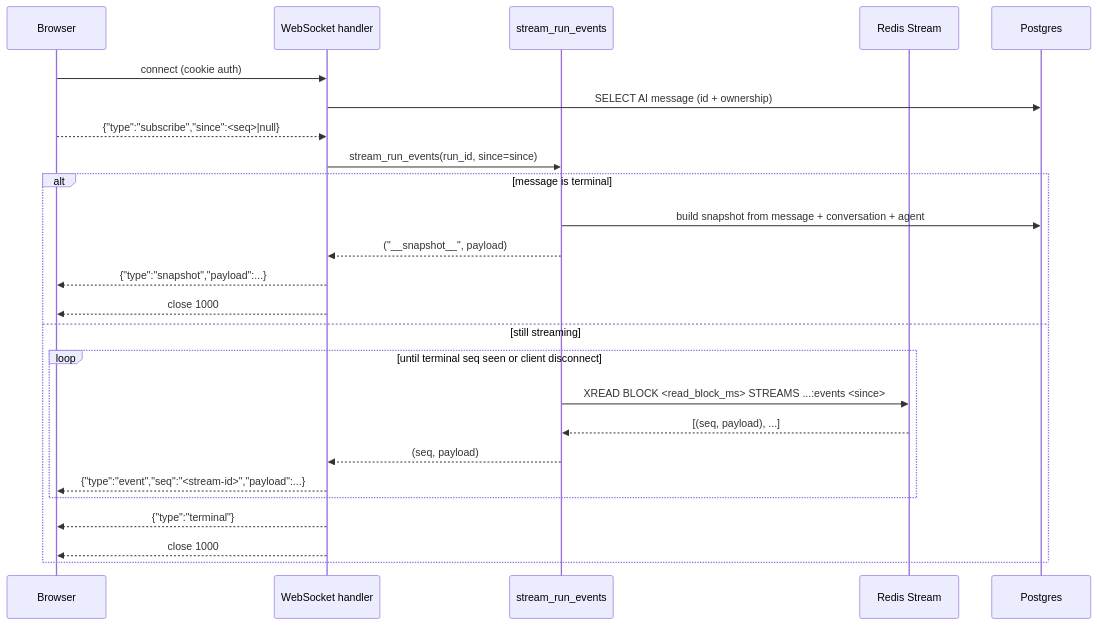
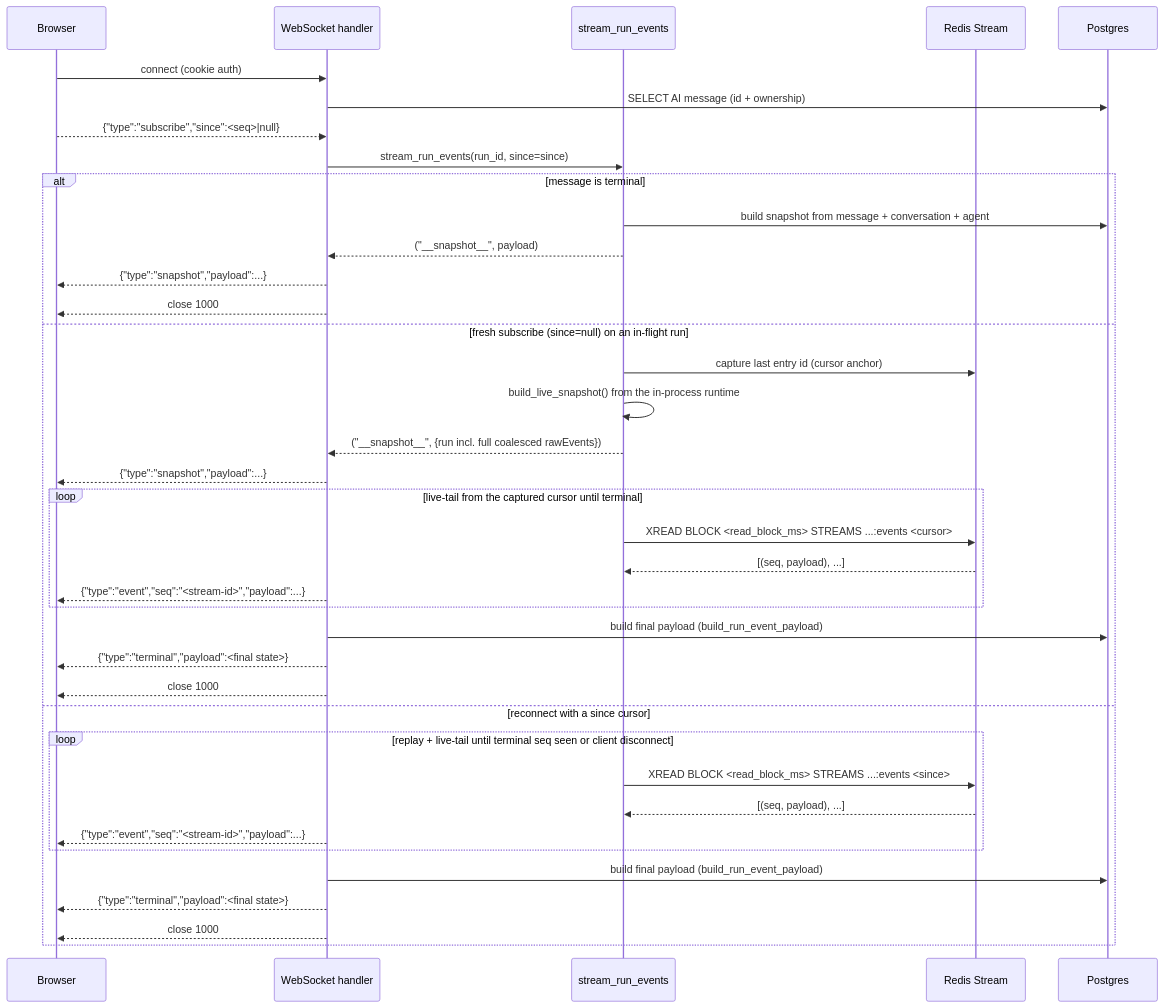
Before and after one commit to konstantinosmpouros/mAgenticX: the sixth of 9 diagrams in docs/flows/inference-streaming.md, drawn with Mermaid. The commit also changed other lines of this file and 39 other files, not shown here.

Commit message:
Agent run timeline rebuild: event-log fold + interleaved CoT/content + HITL takeover

````diff
--- a/docs/flows/inference-streaming.md
+++ b/docs/flows/inference-streaming.md
@@ -331,28 +336,41 @@
 ```mermaid
 sequenceDiagram
     participant UI as Browser
     participant WS as WebSocket handler
     participant SR as stream_run_events
     participant Redis as Redis Stream
     participant PG as Postgres
 
     UI->>WS: connect (cookie auth)
     WS->>PG: SELECT AI message (id + ownership)
     UI-->>WS: {"type":"subscribe","since":<seq>|null}
     WS->>SR: stream_run_events(run_id, since=since)
     alt message is terminal
         SR->>PG: build snapshot from message + conversation + agent
         SR-->>WS: ("__snapshot__", payload)
         WS-->>UI: {"type":"snapshot","payload":...}
         WS-->>UI: close 1000
-    else still streaming
-        loop until terminal seq seen or client disconnect
+    else fresh subscribe (since=null) on an in-flight run
+        SR->>Redis: capture last entry id (cursor anchor)
+        SR->>SR: build_live_snapshot() from the in-process runtime
+        SR-->>WS: ("__snapshot__", {run incl. full coalesced rawEvents})
+        WS-->>UI: {"type":"snapshot","payload":...}
+        loop live-tail from the captured cursor until terminal
+            SR->>Redis: XREAD BLOCK <read_block_ms> STREAMS ...:events <cursor>
+            Redis-->>SR: [(seq, payload), ...]
+            WS-->>UI: {"type":"event","seq":"<stream-id>","payload":...}
+        end
+        WS->>PG: build final payload (build_run_event_payload)
+        WS-->>UI: {"type":"terminal","payload":<final state>}
+        WS-->>UI: close 1000
+    else reconnect with a since cursor
+        loop replay + live-tail until terminal seq seen or client disconnect
             SR->>Redis: XREAD BLOCK <read_block_ms> STREAMS ...:events <since>
             Redis-->>SR: [(seq, payload), ...]
-            SR-->>WS: (seq, payload)
             WS-->>UI: {"type":"event","seq":"<stream-id>","payload":...}
         end
-        WS-->>UI: {"type":"terminal"}
+        WS->>PG: build final payload (build_run_event_payload)
+        WS-->>UI: {"type":"terminal","payload":<final state>}
         WS-->>UI: close 1000
     end
 ```
````
